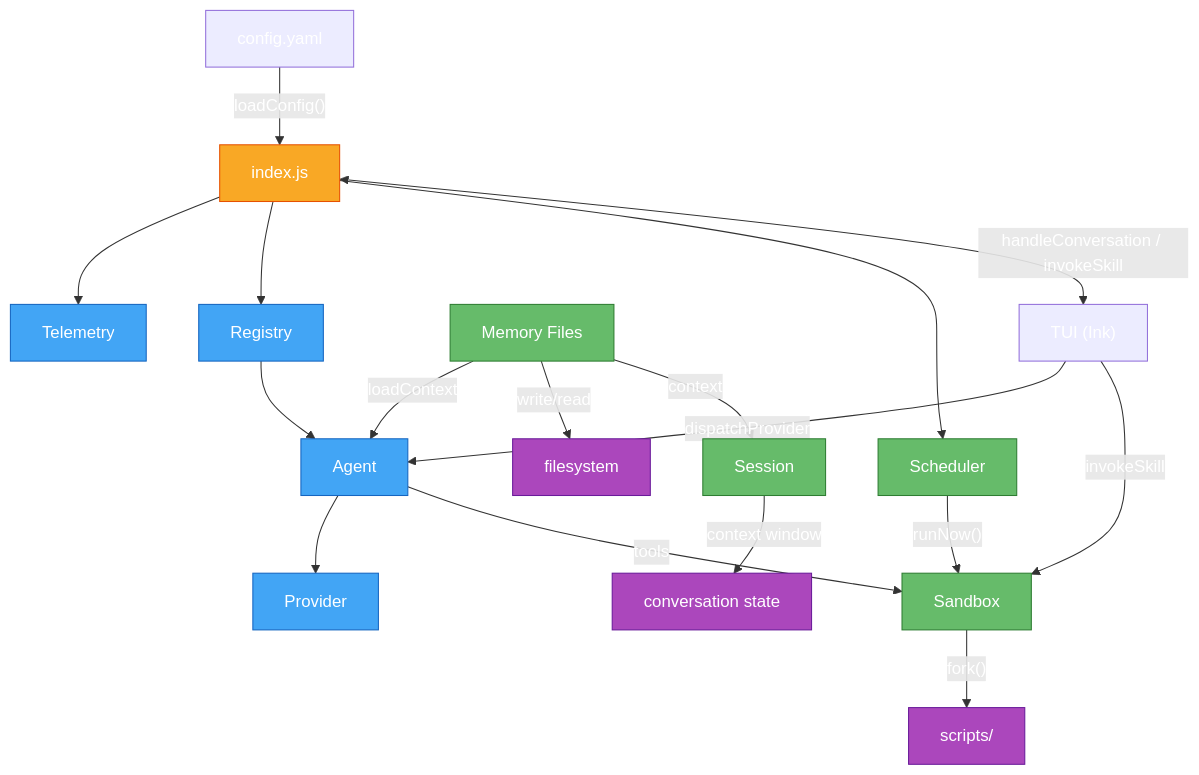
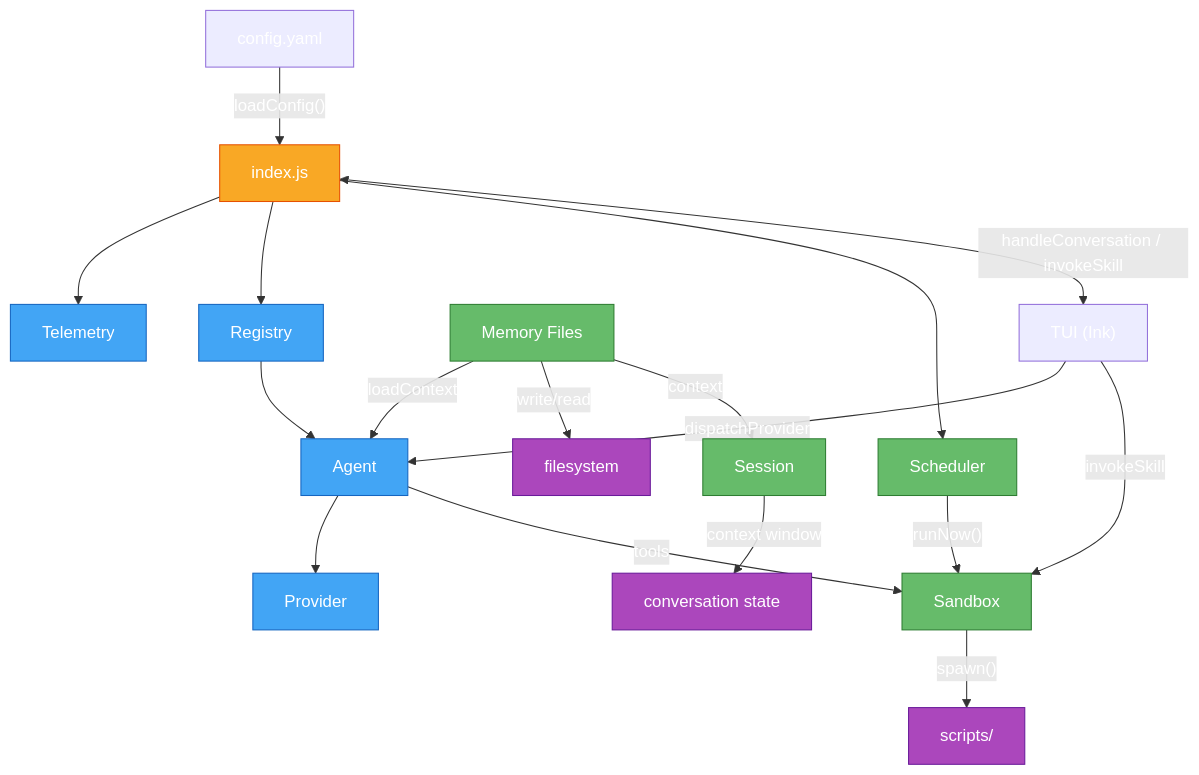
One commit to avoidwork/madz changed the diagram in docs/OVERVIEW.md. Above: the diagram before and after it, drawn with Mermaid. The commit also changed other lines of this file and 2 other files, not shown here.

Commit message:
docs: replace fork() with spawn() across documentation and source (#198)

````diff
--- a/docs/OVERVIEW.md
+++ b/docs/OVERVIEW.md
@@ -9,27 +9,27 @@
 ```mermaid
 graph TD
     C["config.yaml"] -->|"loadConfig()"| I["index.js"]
     I --> T["Telemetry"]
     I --> R["Registry"]
     I --> S["Scheduler"]
     R --> A["Agent"]
     A --> P["Provider"]
     A -->|"tools"| SB["Sandbox"]
     S -->|"runNow()"| SB
-    SB -->|"fork()"| SK["scripts/"]
+    SB -->|"spawn()"| SK["scripts/"]
     TM["Memory Files"] -->|"loadContext"| A
     TM -->|write/read| FS["filesystem"]
     TM -->|context| SE["Session"]
     SE -->|context window| CW["conversation state"]
     UI["TUI (Ink)"] -->|"dispatchProvider"| A
     UI -->|"invokeSkill"| SB
     I <-->|handleConversation / invokeSkill| UI
     classDef root fill:#f9a825,color:#fff,stroke:#e65100
     classDef core fill:#42a5f5,color:#fff,stroke:#1565c0
     classDef util fill:#66bb6a,color:#fff,stroke:#2e7d32
     classDef ext fill:#ab47bc,color:#fff,stroke:#6a1b9a
     class I root
     class A,P,T,R core
     class S,TM,SE,SB util
     class SK,CW,FS ext
 ```
````
